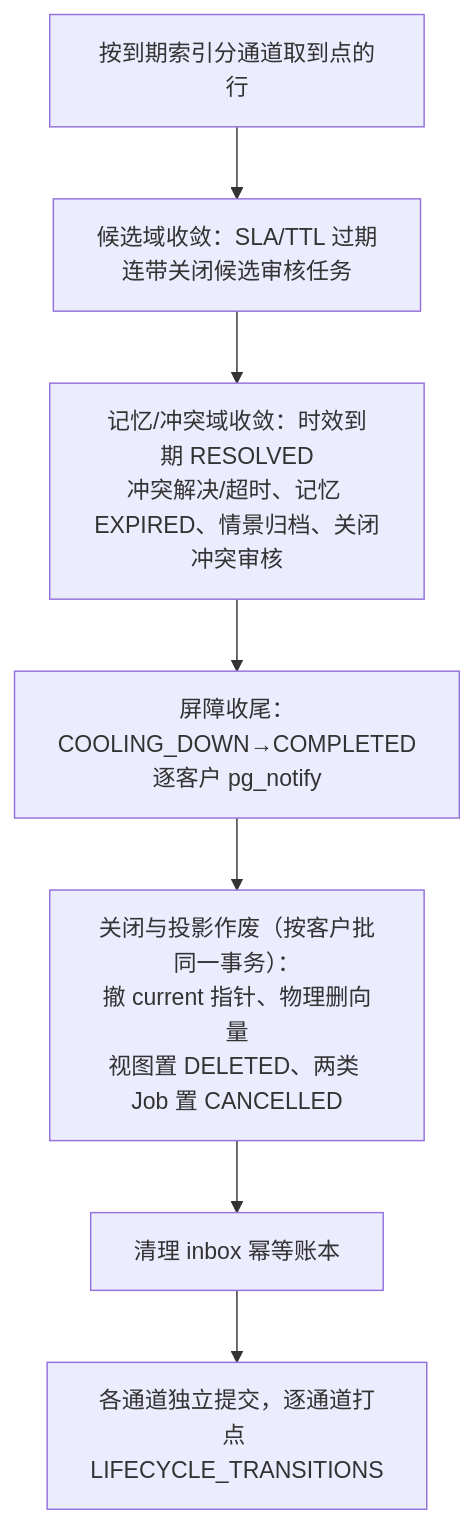
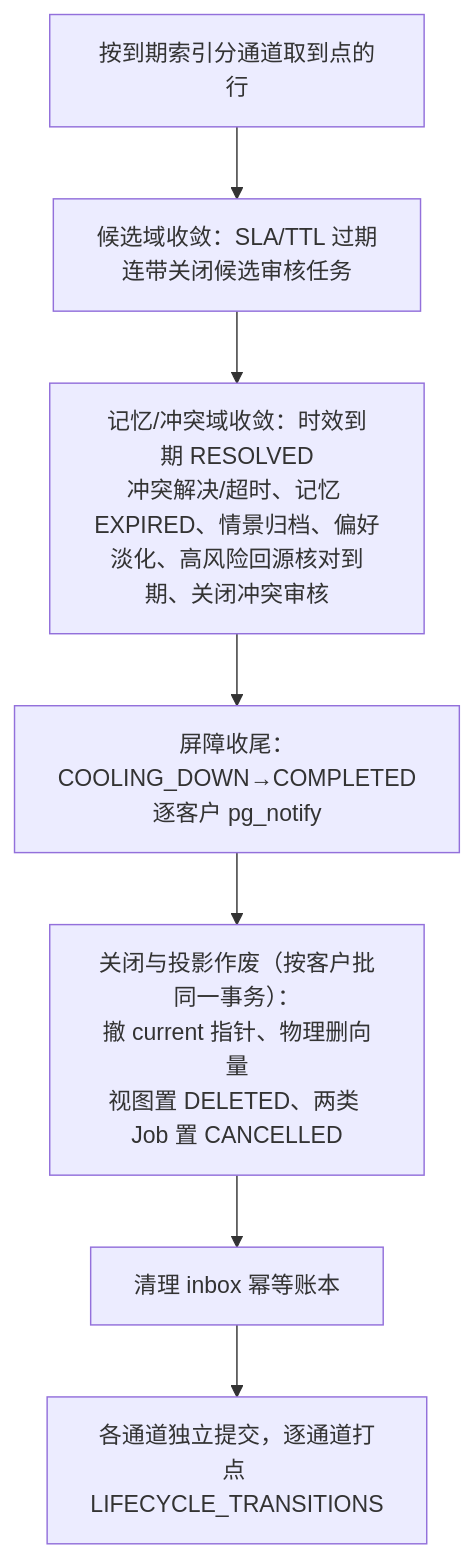
Before and after one commit to luming1617/mms: the fourth of 11 diagrams in docs/0-概要设计/4-Convergence组件设计.md, drawn with Mermaid. The commit also changed other lines of this file and 4 other files, not shown here.

````diff
--- a/docs/0-概要设计/4-Convergence组件设计.md
+++ b/docs/0-概要设计/4-Convergence组件设计.md
@@ -327,9 +320,9 @@
 ```mermaid
 graph TD
     A["按到期索引分通道取到点的行"] --> B["候选域收敛：SLA/TTL 过期<br/>连带关闭候选审核任务"]
-    B --> C["记忆/冲突域收敛：时效到期 RESOLVED<br/>冲突解决/超时、记忆 EXPIRED、情景归档、关闭冲突审核"]
+    B --> C["记忆/冲突域收敛：时效到期 RESOLVED<br/>冲突解决/超时、记忆 EXPIRED、情景归档、偏好淡化、高风险回源核对到期、关闭冲突审核"]
     C --> D["屏障收尾：COOLING_DOWN→COMPLETED<br/>逐客户 pg_notify"]
     D --> E["关闭与投影作废（按客户批同一事务）：<br/>撤 current 指针、物理删向量<br/>视图置 DELETED、两类 Job 置 CANCELLED"]
     E --> F["清理 inbox 幂等账本"]
     F --> G["各通道独立提交，逐通道打点 LIFECYCLE_TRANSITIONS"]
 ```
````
